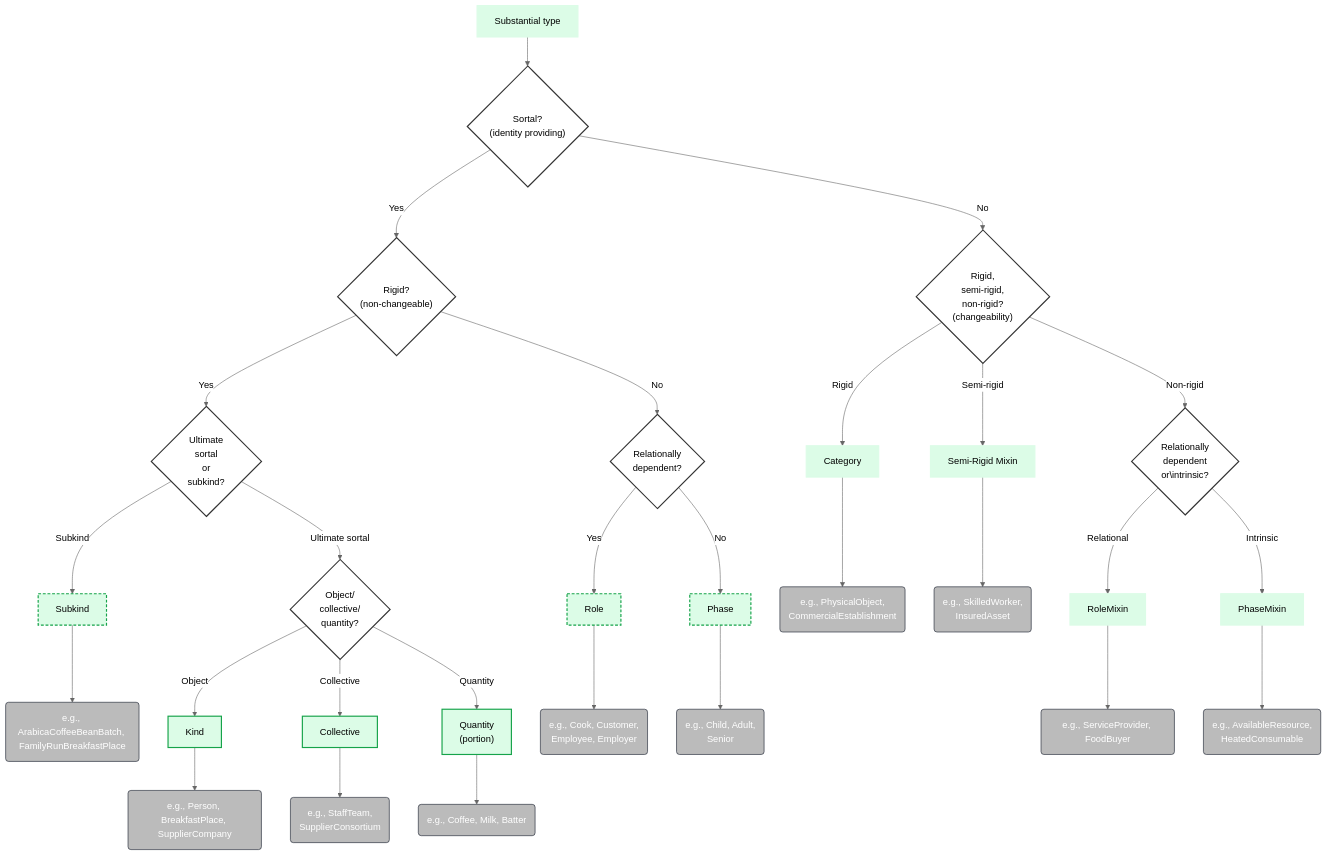
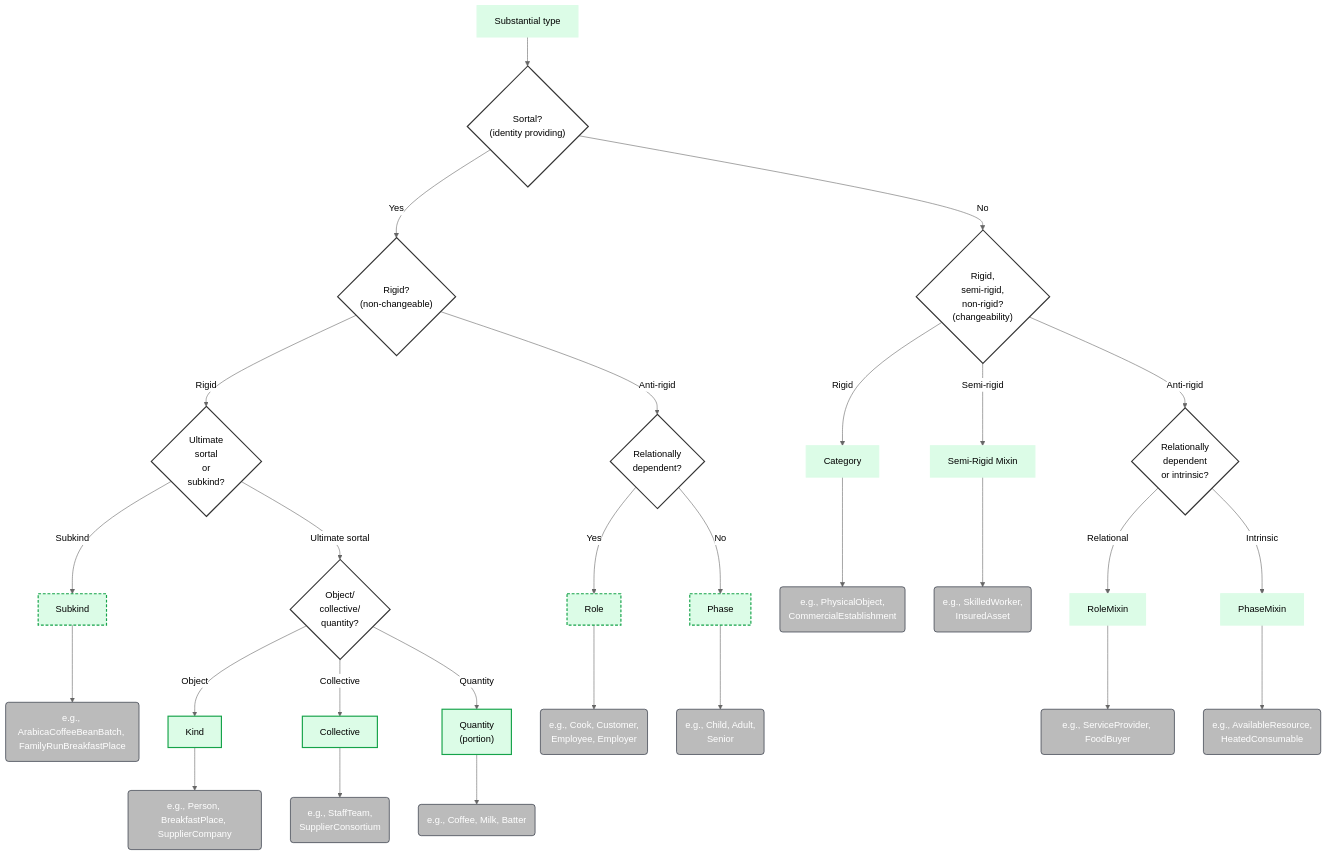
One commit to spdrnl/UFO-Modeling-Decision-Tree changed the diagram in decision-tree/02a-Substantial.mermaid. Above: the diagram before and after it, drawn with Mermaid (neutral theme).

Commit message:
Rephrased to Anti-rigid.

```diff
--- a/decision-tree/02a-Substantial.mermaid
+++ b/decision-tree/02a-Substantial.mermaid
@@ -1,75 +1,75 @@
 flowchart TD
     S0[Substantial type]
 
     %% CONCRETE SUBSTANTIALS
     S0 --> SS{"Sortal?\n(identity providing)"}
 
     SS -->|Yes| S1{"Rigid?\n(non-changeable)"}
     SS -->|No| M_X{"Rigid,\nsemi-rigid,\nnon-rigid?\n(changeability)"}
 
     %% Sortals
-    S1 -->|Yes| RG{Ultimate \nsortal \nor \nsubkind?}
-    S1 -->|No| DR{Relationally\ndependent?}
+    S1 -->|Rigid| RG{Ultimate \nsortal \nor \nsubkind?}
+    S1 -->|Anti-rigid| DR{Relationally\ndependent?}
 
     RG -->|Subkind| SK[Subkind]
     RG -->|Ultimate sortal| US{Object/\ncollective/\nquantity?}
     US -->|Object| KND[Kind]
     US -->|Collective| COL[Collective]
     US -->|Quantity| QTY["Quantity\n(portion)"]
 
     DR -->|Yes| RO[Role]
     DR -->|No| PH[Phase]
 
     %% Non-Sortals (Mixins)
     M_X -->|Rigid| CAT[Category]
     M_X -->|Semi-rigid| MIX[Semi-Rigid Mixin]
-    M_X -->|Non-rigid| M_DX{Relationally\ndependent\nor\intrinsic?}
+    M_X -->|Anti-rigid| M_DX{Relationally\ndependent\nor intrinsic?}
 
     M_DX -->|Relational| RMX[RoleMixin]
     M_DX -->|Intrinsic| PMX[PhaseMixin]
 
     %% EXAMPLE BOXES + LINKS
     KND_ex("e.g., Person, BreakfastPlace, \nSupplierCompany"):::example
     KND --> KND_ex
 
     SK_ex("e.g., ArabicaCoffeeBeanBatch, \nFamilyRunBreakfastPlace"):::example
     SK --> SK_ex
 
     COL_ex("e.g., StaffTeam, \nSupplierConsortium"):::example
     COL --> COL_ex
 
     QTY_ex("e.g., Coffee, Milk, Batter"):::example
     QTY --> QTY_ex
 
     CAT_ex("e.g., PhysicalObject, \nCommercialEstablishment"):::example
     CAT --> CAT_ex
 
     MIX_ex("e.g., SkilledWorker, \nInsuredAsset"):::example
     MIX --> MIX_ex
 
     RMX_ex("e.g., ServiceProvider, FoodBuyer"):::example
     RMX --> RMX_ex
 
     PMX_ex("e.g., AvailableResource, \nHeatedConsumable"):::example
     PMX --> PMX_ex
 
     RO_ex("e.g., Cook, Customer, \nEmployee, Employer"):::example
     RO --> RO_ex
 
     PH_ex("e.g., Child, Adult, \nSenior"):::example
     PH --> PH_ex
 
     %% CLASSES
     classDef example fill:#BBBBBB,stroke:#111827,stroke-width:1px,color:#ffffff;
     classDef generic fill:#ffffff,stroke:#333,stroke-width:2px,color:#000;
     classDef substantial fill:#dcfce7,stroke:#dcfce7,stroke-width:2px,color:#000;
     classDef substantialId fill:#dcfce7,stroke:#16a34a,stroke-width:2px,color:#000;
     classDef substantialNonId fill:#dcfce7,stroke:#16a34a,stroke-width:2px,stroke-dasharray: 5 3,color:#000;
 
     %% generic / neutral nodes
     class SS,S1,M_X,RG,US,DR,M_SR,M_DX generic;
 
     %% substantial subtree colors
     class KND,COL,QTY substantialId;
     class SK,RO,PH substantialNonId;
     class S0,CAT,RMX,PMX,MIX substantial;
```
